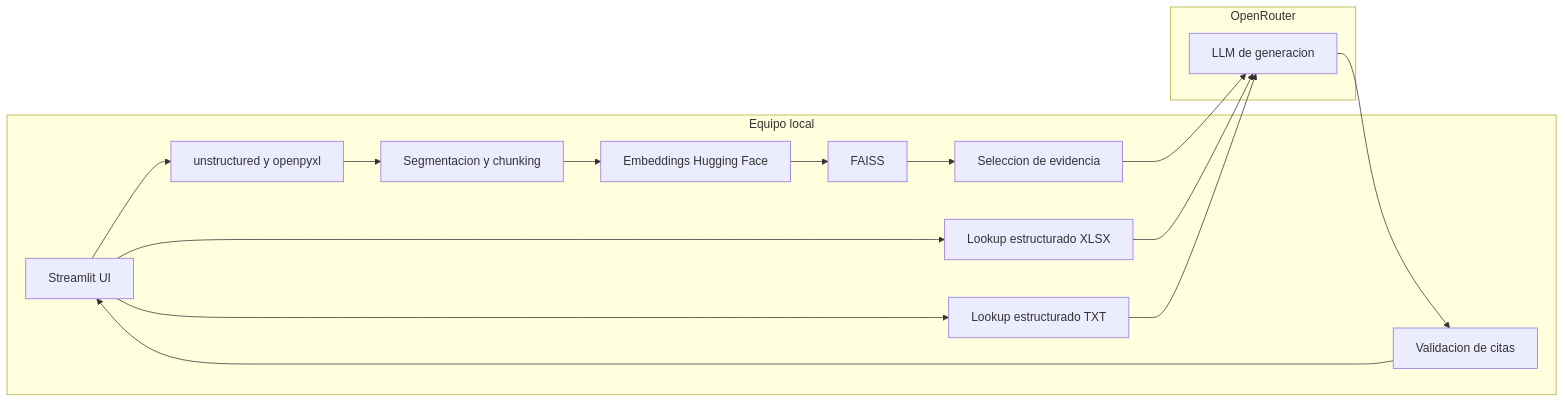
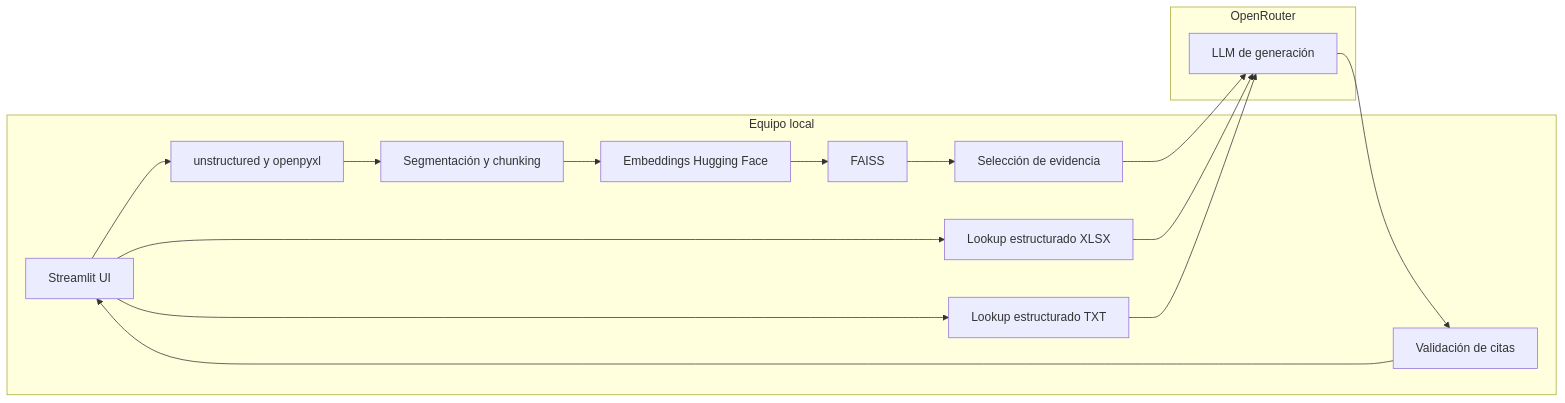
One commit to MauPos04/RAG_BIOS changed the second of 4 diagrams in README2.md. Above: the diagram before and after it, drawn with Mermaid. The commit also changed other lines of this file and 1 other file, not shown here.

````diff
--- a/README2.md
+++ b/README2.md
@@ -37,26 +37,26 @@
 ```mermaid
 flowchart LR
     subgraph Local[Equipo local]
         A1[Streamlit UI]
         A2[unstructured y openpyxl]
-        A3[Segmentacion y chunking]
+        A3[Segmentación y chunking]
         A4[Embeddings Hugging Face]
         A5[FAISS]
         A6[Lookup estructurado XLSX]
         A7[Lookup estructurado TXT]
-        A8[Seleccion de evidencia]
-        A9[Validacion de citas]
+        A8[Selección de evidencia]
+        A9[Validación de citas]
     end
 
     subgraph Remoto[OpenRouter]
-        B1[LLM de generacion]
+        B1[LLM de generación]
     end
 
     A1 --> A2 --> A3 --> A4 --> A5
     A1 --> A6
     A1 --> A7
     A5 --> A8 --> B1
     A6 --> B1
     A7 --> B1
     B1 --> A9 --> A1
 ```
````
